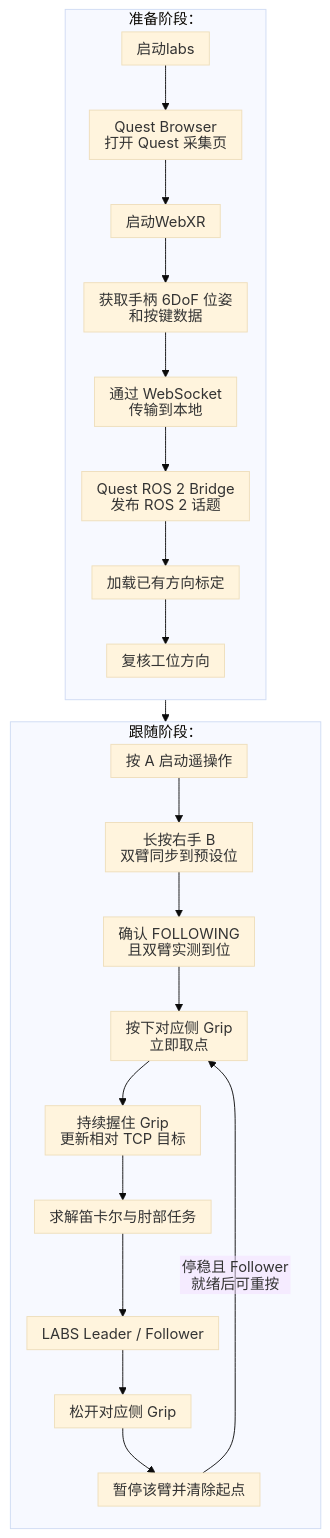
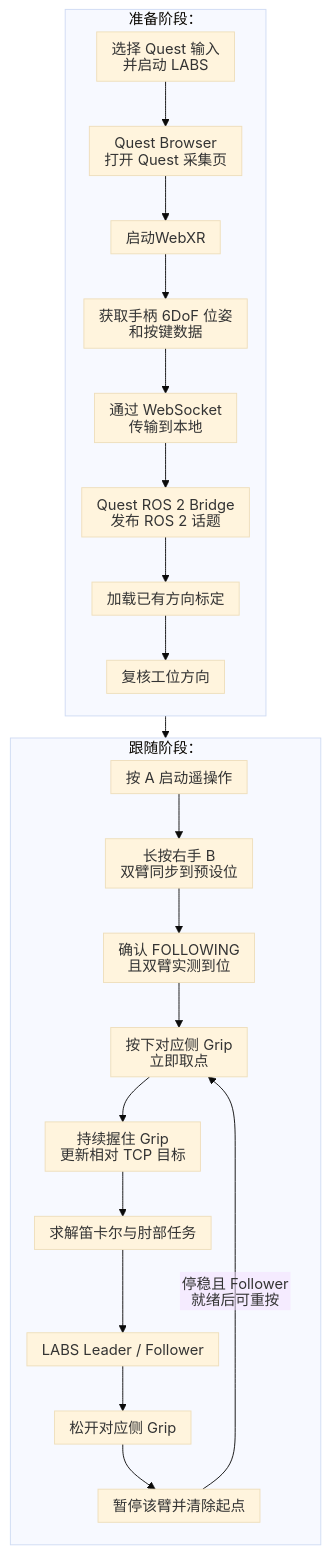
One commit to YYxzz8866/Quest-Proposal changed the third of 7 diagrams in Quest.md. Above: the diagram before and after it, drawn with Mermaid (base theme). The commit also changed other lines of this file and 5 other files, not shown here.

````diff
--- a/Quest.md
+++ b/Quest.md
@@ -304,44 +304,44 @@
 ```mermaid
 %%{init: {"htmlLabels": false, "flowchart": {"htmlLabels": false, "useMaxWidth": true, "nodeSpacing": 16, "rankSpacing": 24, "padding": 8}}}%%
 flowchart TD
     subgraph PREP["准备阶段："]
         direction TB
-        N123["启动labs"]
+        N123["选择 Quest 输入<br/>并启动 LABS"]
         N124["Quest Browser<br/>打开 Quest 采集页"]
         N125["启动WebXR"]
         N126["获取手柄 6DoF 位姿<br/>和按键数据"]
         N127["通过 WebSocket<br/>传输到本地"]
         N128["Quest ROS 2 Bridge<br/>发布 ROS 2 话题"]
         N129["加载已有方向标定"]
         N130["复核工位方向"]
         N123 --> N124
         N124 --> N125
         N125 --> N126
         N126 --> N127
         N127 --> N128
         N128 --> N129
         N129 --> N130
     end
     subgraph FOLLOW["跟随阶段："]
         direction TB
         N132["按 A 启动遥操作"]
         N133["长按右手 B<br/>双臂同步到预设位"]
         N134["确认 FOLLOWING<br/>且双臂实测到位"]
         N135["按下对应侧 Grip<br/>立即取点"]
         N136["持续握住 Grip<br/>更新相对 TCP 目标"]
         N137["求解笛卡尔与肘部任务"]
         N138["LABS Leader / Follower"]
         N139["松开对应侧 Grip"]
         N140["暂停该臂并清除起点"]
         N132 --> N133
         N133 --> N134
         N134 --> N135
         N135 --> N136
         N136 --> N137
         N137 --> N138
         N138 --> N139
         N139 --> N140
         N140 -->|"停稳且 Follower<br/>就绪后可重按"| N135
     end
     N130 --> N132
 ```
````
